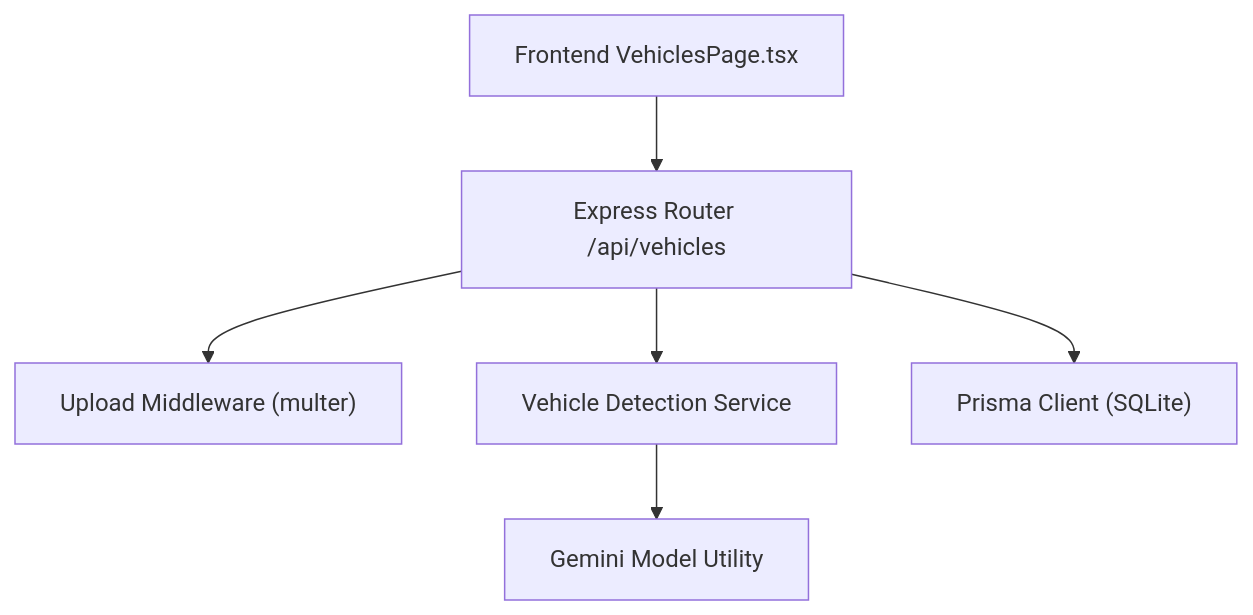
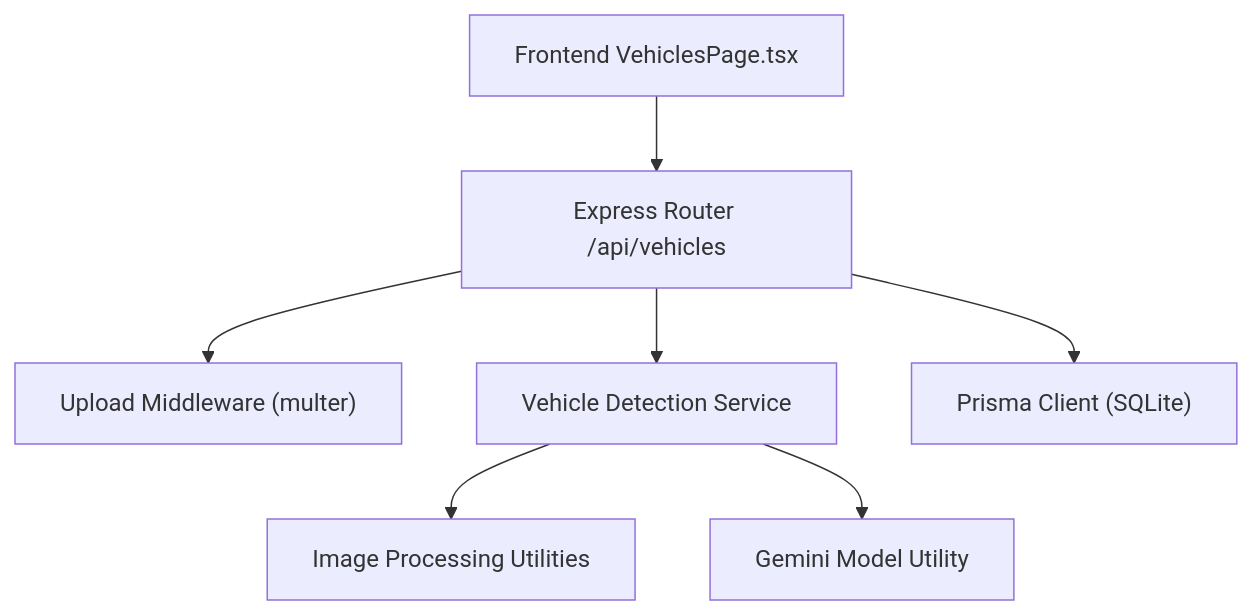
One commit to NaveenHiranya/Smart-Vehicle-Insurance-Claim-System changed the first of 4 diagrams in .qoder/repowiki/en/content/Backend Documentation/Business Logic & Services/Vehicle Detection Service.md. Above: the diagram before and after it, drawn with Mermaid. The commit also changed other lines of this file and 33 other files, not shown here.

````diff
--- a/.qoder/repowiki/en/content/Backend Documentation/Business Logic & Services/Vehicle Detection Service.md
+++ b/.qoder/repowiki/en/content/Backend Documentation/Business Logic & Services/Vehicle Detection Service.md
@@ -45,8 +48,9 @@
 ```mermaid
 graph TB
 FE["Frontend VehiclesPage.tsx"] --> API["Express Router /api/vehicles"]
 API --> UploadMW["Upload Middleware (multer)"]
 API --> DetectSvc["Vehicle Detection Service"]
+DetectSvc --> ImageUtils["Image Processing Utilities"]
 DetectSvc --> Gemini["Gemini Model Utility"]
 API --> DB["Prisma Client (SQLite)"]
 ```
````
